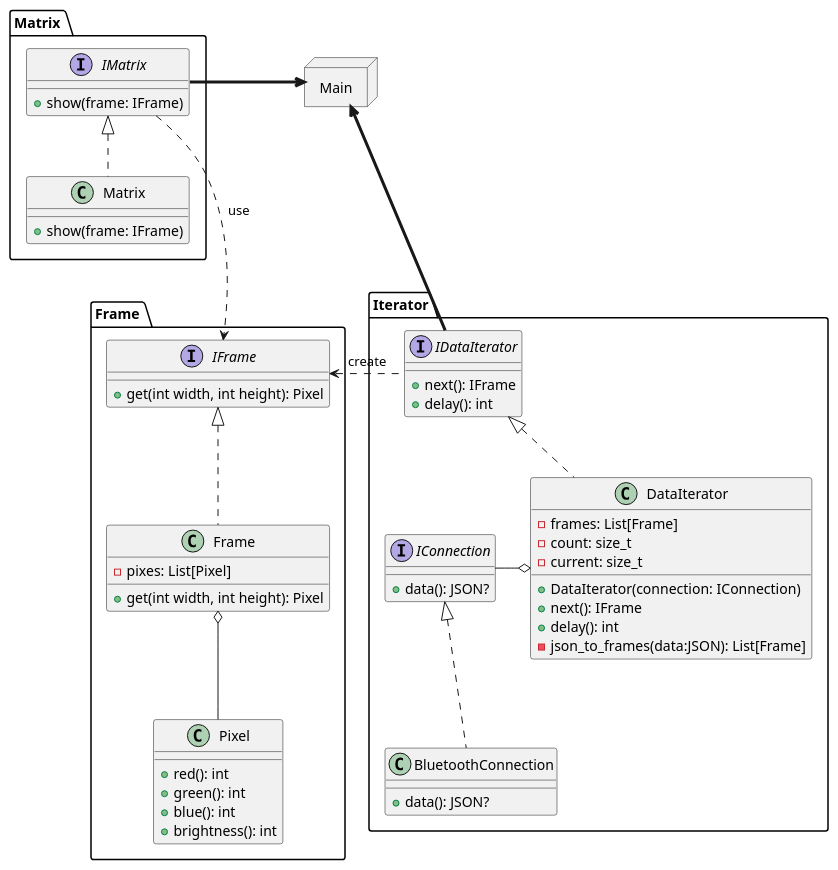
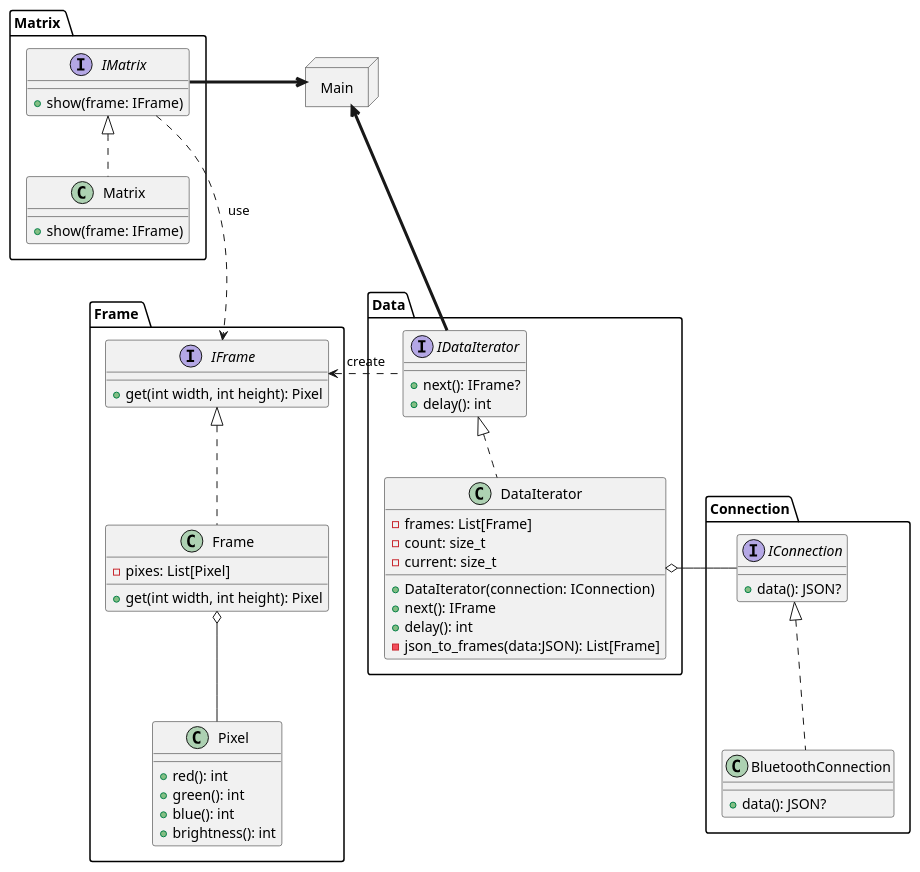
The diagram in doc/diagrams/ClassDiagram.puml (twoics/painter), drawn with PlantUML before and after one commit.

Commit message:
Update class diagram

```diff
--- a/doc/diagrams/ClassDiagram.puml
+++ b/doc/diagrams/ClassDiagram.puml
@@ -1,83 +1,88 @@
 @startuml
 'https://plantuml.com/class-diagram
 
 package "Frame "
 {
     interface IFrame {
         +get(int width, int height): Pixel
     }
 
     class Frame{
         -pixes: List[Pixel]
         +get(int width, int height): Pixel
     }
 
     class Pixel{
         +red(): int
         +green(): int
         +blue(): int
         +brightness(): int
     }
 }
 
-package "Iterator"
+package "Data"
 {
-    interface IConnection{
-        +data(): JSON?
-    }
 
     interface IDataIterator{
-        +next(): IFrame
+        +next(): IFrame?
         +delay(): int
     }
 
     class DataIterator{
         -frames: List[Frame]
         -count: size_t
         -current: size_t
         +DataIterator(connection: IConnection)
         +next(): IFrame
         +delay(): int
         -json_to_frames(data:JSON): List[Frame]
     }
 
+}
+
+
+package "Connection"
+{
+    interface IConnection{
+            +data(): JSON?
+    }
+
     class BluetoothConnection{
         +data(): JSON?
     }
+
 }
-
-
 
 package "Matrix "
 {
     interface IMatrix{
         +show(frame: IFrame)
     }
 
     class Matrix{
         +show(frame: IFrame)
     }
 }
 
 package "Main" <<NODE>>
 {
 
 }
 
 '---REL---'
 
 IFrame <|.. Frame
 Frame o-- Pixel
 
 IMatrix -down..> IFrame: use
 IMatrix <|.. Matrix
 
 IDataIterator -left..> IFrame: create
 IConnection <|.. BluetoothConnection
 IDataIterator <|.. DataIterator
 DataIterator o--left IConnection
 
 "Main" <--[thickness=3]- IDataIterator
 "Main" <--[thickness=3]right IMatrix
 
 @enduml
```
